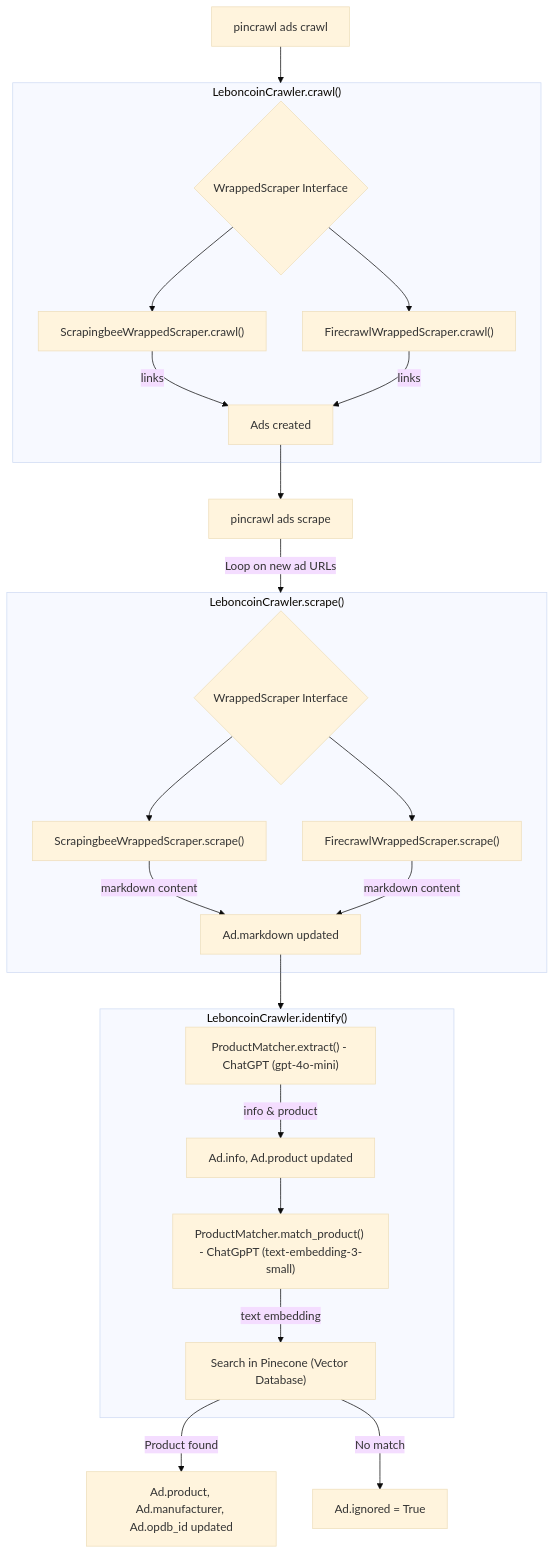
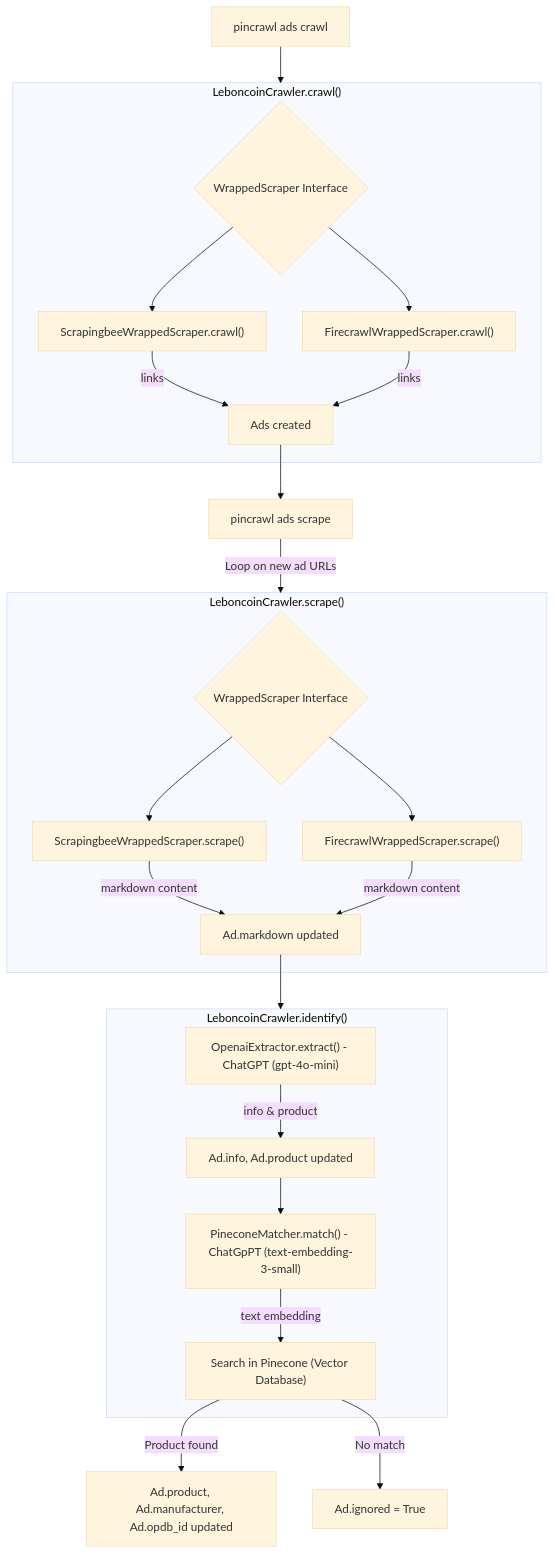
The diagram in README.md (pitpit/pincrawl), drawn with Mermaid (base theme) before and after one commit. The commit also changed other lines of this file and 9 other files, not shown here.

Commit message:
feat: refactor product matching and extraction with OpenAI and Pinecone integration

````diff
--- a/README.md
+++ b/README.md
@@ -68,35 +68,35 @@
 ```mermaid
 graph TD
     A1[pincrawl ads crawl] --> A2
     subgraph A2["LeboncoinCrawler.crawl()"]
         A3{"WrappedScraper Interface"}
         A3 --> A4A["ScrapingbeeWrappedScraper.crawl()"]
         A3 --> A4B["FirecrawlWrappedScraper.crawl()"]
         A4A -->|links| A5[Ads created]
         A4B -->|links| A5
     end
 
     A5 --> B1[pincrawl ads scrape] -->|Loop on new ad URLs| B2
     subgraph B2["LeboncoinCrawler.scrape()"]
         B3{"WrappedScraper Interface"}
         B3 --> B4A["ScrapingbeeWrappedScraper.scrape()"]
         B3 --> B4B["FirecrawlWrappedScraper.scrape()"]
         B4A -->|markdown content| B5[Ad.markdown updated]
         B4B -->|markdown content| B5
     end
 
 
     B5 -->B6
     subgraph B6["LeboncoinCrawler.identify()"]
-        B7["ProductMatcher.extract() - ChatGPT (gpt-4o-mini)"]
+        B7["OpenaiExtractor.extract() - ChatGPT (gpt-4o-mini)"]
         B7 -->|info & product | B8[Ad.info, Ad.product updated]
-        B8 --> B9["ProductMatcher.match_product() - ChatGpPT (text-embedding-3-small)"]
+        B8 --> B9["PineconeMatcher.match() - ChatGpPT (text-embedding-3-small)"]
         B9 -->|text embedding| B10["Search in Pinecone (Vector Database)"]
     end
 
 
 
     B10 -->|Product found| B11A[Ad.product, Ad.manufacturer, Ad.opdb_id updated]
     B10 -->|No match| B11B[Ad.ignored = True]
 
 ```
````
